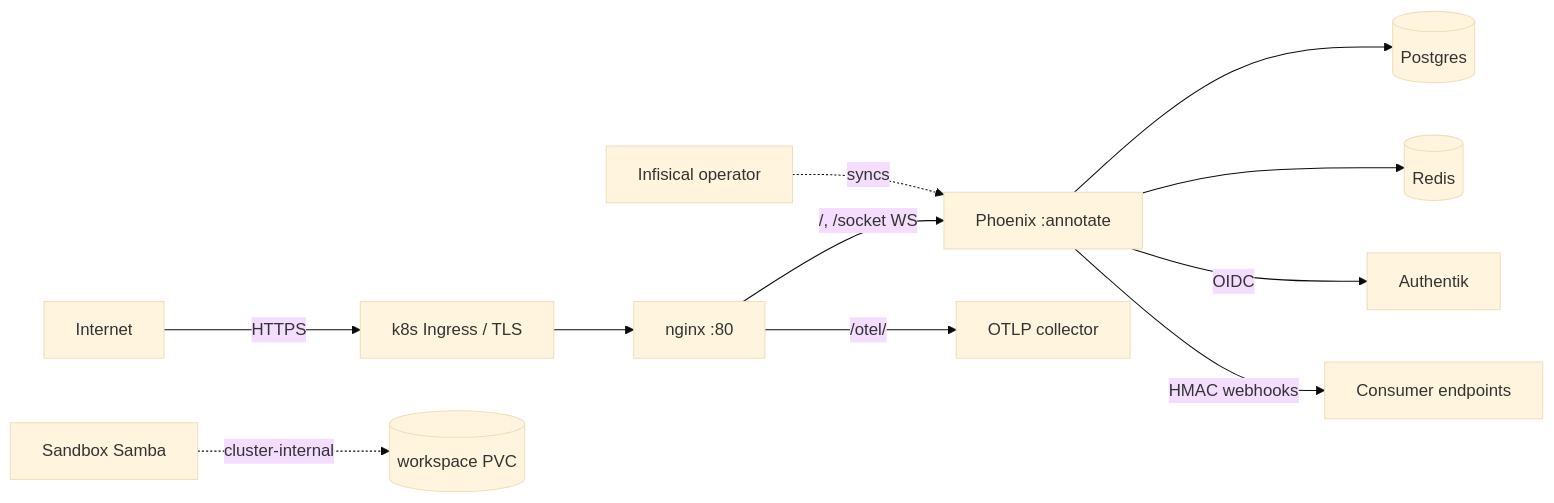
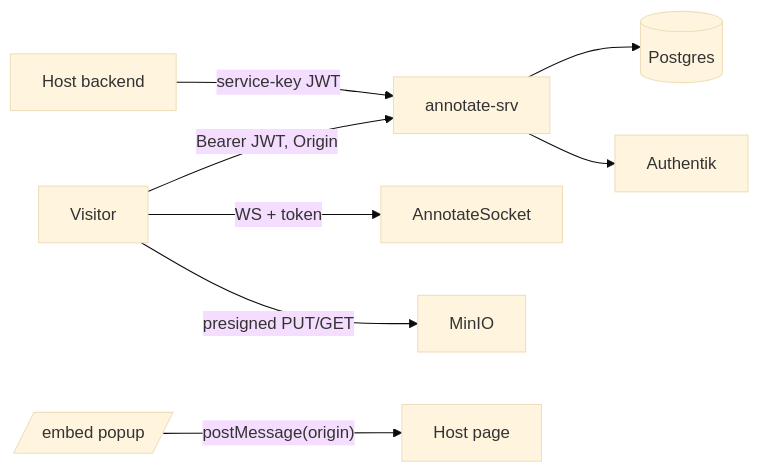
The diagram in docs/THREAT-MODEL.md (the-robot-shares/annotate), drawn with Mermaid (base theme) before and after one commit. The commit also changed other lines of this file and 5 other files, not shown here.

````diff
--- a/docs/THREAT-MODEL.md
+++ b/docs/THREAT-MODEL.md
@@ -17,13 +22,10 @@
 ```mermaid
 graph LR
-    Internet -->|HTTPS| Ing[k8s Ingress / TLS]
-    Ing --> Ng[nginx :80]
-    Ng -->|"/, /socket WS"| BE[Phoenix :annotate]
-    Ng -->|"/otel/"| OTel[OTLP collector]
-    BE --> PG[(Postgres)]
-    BE --> RD[(Redis)]
-    BE -->|OIDC| IdP[Authentik]
-    BE -->|HMAC webhooks| WH[Consumer endpoints]
-    SBX[Sandbox Samba] -.cluster-internal.-> PVC[(workspace PVC)]
-    Infis[Infisical operator] -.syncs.-> BE
+    Visitor -->|Bearer JWT, Origin| API[annotate-srv]
+    Visitor -->|WS + token| WS[AnnotateSocket]
+    Visitor -->|presigned PUT/GET| MinIO
+    Popup[/embed popup/] -->|"postMessage(origin)"| Opener[Host page]
+    HostBE[Host backend] -->|service-key JWT| API
+    API --> PG[(Postgres)]
+    API --> Authentik
 ```
````
